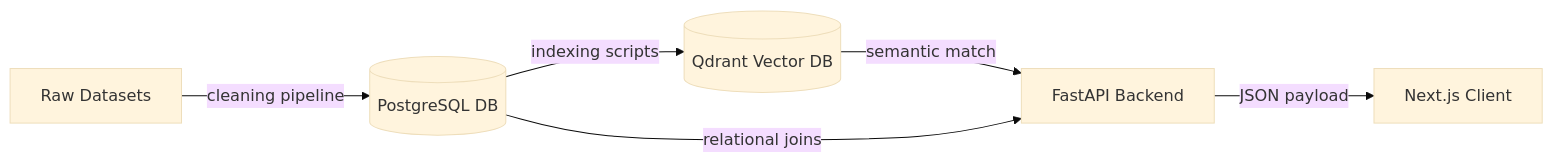
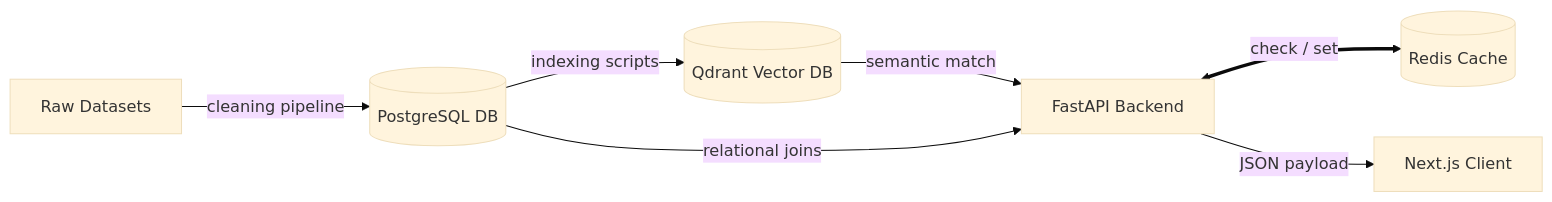
One commit to suryapratap04-jman/npc changed the second of 8 diagrams in docs/02_System_Architecture.md. Above: the diagram before and after it, drawn with Mermaid (base theme). The commit also changed other lines of this file and 33 other files, not shown here.

````diff
--- a/docs/02_System_Architecture.md
+++ b/docs/02_System_Architecture.md
@@ -21,8 +22,9 @@
 ```mermaid
 graph LR
     datasets[Raw Datasets] -->|cleaning pipeline| postgres[(PostgreSQL DB)]
     postgres -->|indexing scripts| qdrant[(Qdrant Vector DB)]
     qdrant -->|semantic match| backend[FastAPI Backend]
     postgres -->|relational joins| backend
+    backend <==>|check / set| redis[(Redis Cache)]
     backend -->|JSON payload| frontend[Next.js Client]
 ```
````
